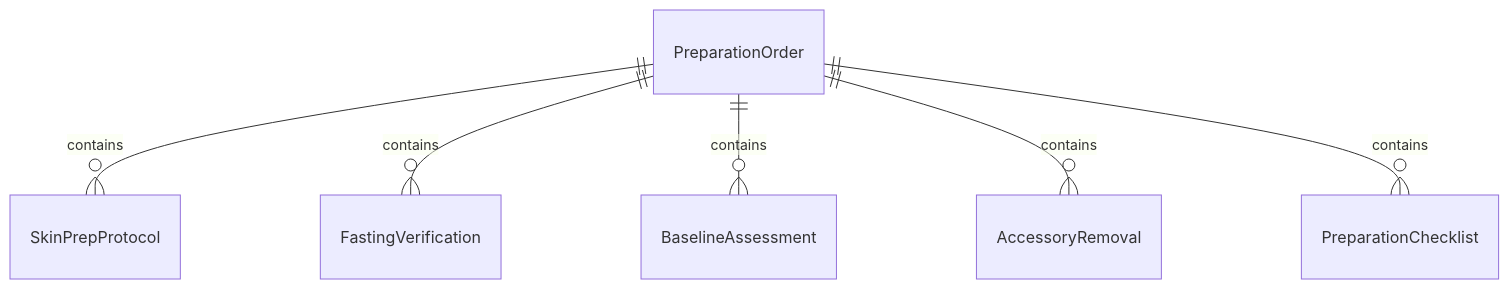
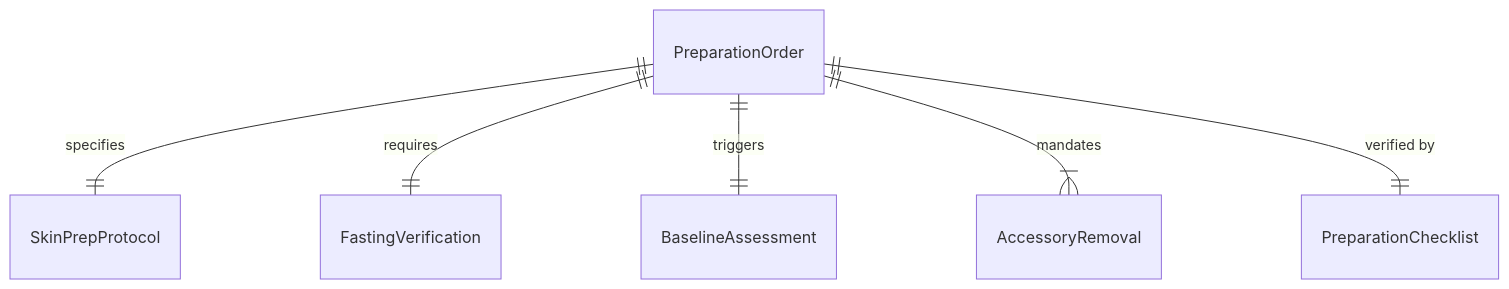
The first of 4 diagrams in AssistingAndCaringForOthers/AssistHealthcarePractitionersDuringMedicalProcedures/PreparePatientsPhysicallyMedicalProcedures.mdx (dot-org-ai/tasks.org.ai), drawn with Mermaid before and after one commit. The commit also changed other lines of this file and 32 other files, not shown here.

First line of the commit message:
fix: Improve ER and State diagrams in 32 AssistingAndCaringForOthers DWA files

````diff
--- a/AssistingAndCaringForOthers/AssistHealthcarePractitionersDuringMedicalProcedures/PreparePatientsPhysicallyMedicalProcedures.mdx
+++ b/AssistingAndCaringForOthers/AssistHealthcarePractitionersDuringMedicalProcedures/PreparePatientsPhysicallyMedicalProcedures.mdx
@@ -88,8 +88,8 @@
 ```mermaid
 erDiagram
-    PreparationOrder ||--o{ SkinPrepProtocol : contains
-    PreparationOrder ||--o{ FastingVerification : contains
-    PreparationOrder ||--o{ BaselineAssessment : contains
-    PreparationOrder ||--o{ AccessoryRemoval : contains
-    PreparationOrder ||--o{ PreparationChecklist : contains
+    PreparationOrder ||--|| SkinPrepProtocol : specifies
+    PreparationOrder ||--|| FastingVerification : requires
+    PreparationOrder ||--|| BaselineAssessment : triggers
+    PreparationOrder ||--|{ AccessoryRemoval : mandates
+    PreparationOrder ||--|| PreparationChecklist : "verified by"
 ```
````
